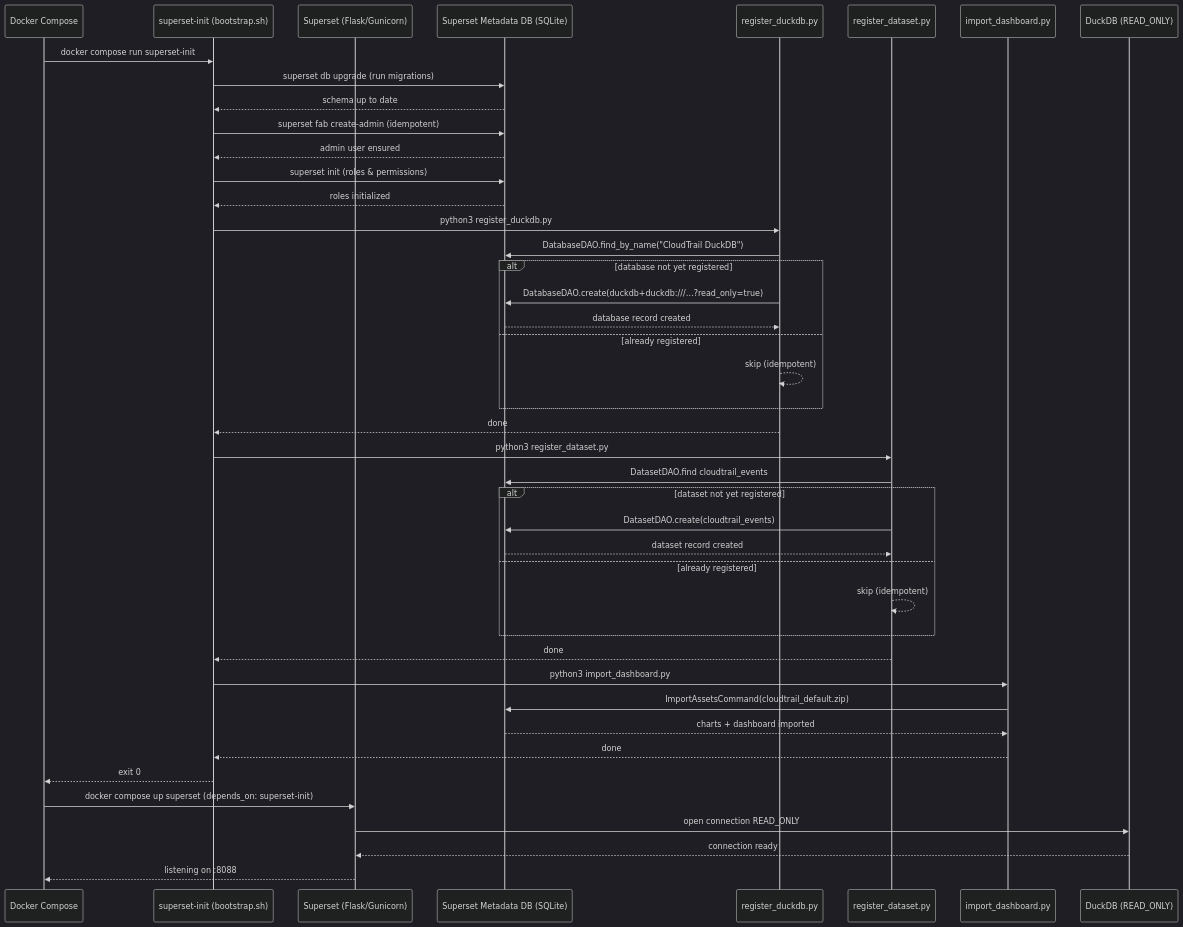
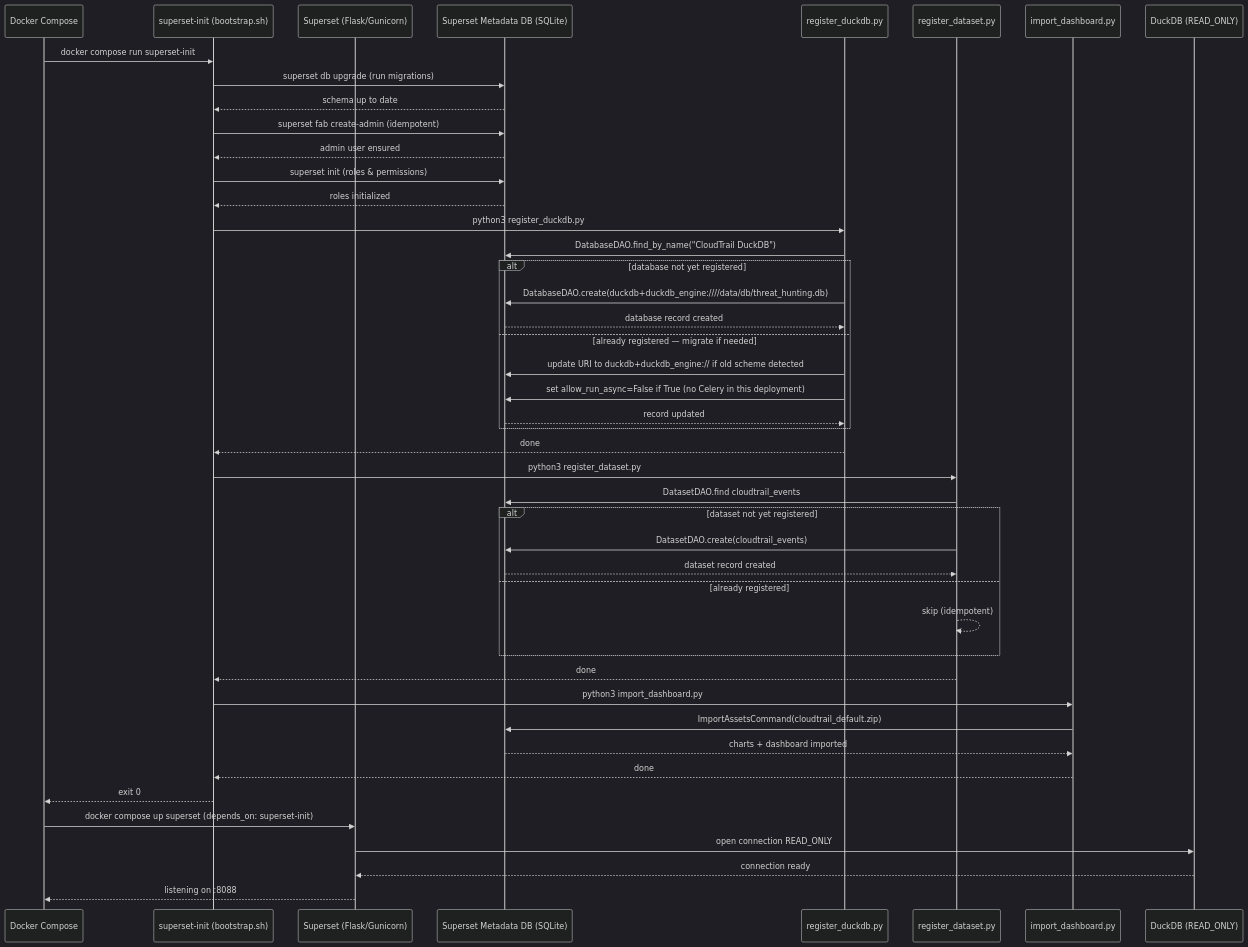
The first of 2 diagrams in dashboard/README.md (fukusuket/THuntCloud), drawn with Mermaid (dark theme) before and after one commit. The commit also changed other lines of this file and 9 other files, not shown here.

Commit message:
docs: update DuckDB configuration and dashboard layout for Superset 6.1, add new charts and troubleshooting section

````diff
--- a/dashboard/README.md
+++ b/dashboard/README.md
@@ -47,53 +48,55 @@
 ```mermaid
 sequenceDiagram
     participant DC   as Docker Compose
     participant INIT as superset-init (bootstrap.sh)
     participant SS   as Superset (Flask/Gunicorn)
     participant META as Superset Metadata DB (SQLite)
     participant RDB  as register_duckdb.py
     participant RDS  as register_dataset.py
     participant IMP  as import_dashboard.py
     participant DB   as DuckDB (READ_ONLY)
 
     DC->>INIT: docker compose run superset-init
     INIT->>META: superset db upgrade (run migrations)
     META-->>INIT: schema up to date
 
     INIT->>META: superset fab create-admin (idempotent)
     META-->>INIT: admin user ensured
 
     INIT->>META: superset init (roles & permissions)
     META-->>INIT: roles initialized
 
     INIT->>RDB: python3 register_duckdb.py
     RDB->>META: DatabaseDAO.find_by_name("CloudTrail DuckDB")
     alt database not yet registered
-        RDB->>META: DatabaseDAO.create(duckdb+duckdb:///…?read_only=true)
+        RDB->>META: DatabaseDAO.create(duckdb+duckdb_engine:////data/db/threat_hunting.db)
         META-->>RDB: database record created
-    else already registered
-        RDB-->>RDB: skip (idempotent)
+    else already registered — migrate if needed
+        RDB->>META: update URI to duckdb+duckdb_engine:// if old scheme detected
+        RDB->>META: set allow_run_async=False if True (no Celery in this deployment)
+        META-->>RDB: record updated
     end
     RDB-->>INIT: done
 
     INIT->>RDS: python3 register_dataset.py
     RDS->>META: DatasetDAO.find cloudtrail_events
     alt dataset not yet registered
         RDS->>META: DatasetDAO.create(cloudtrail_events)
         META-->>RDS: dataset record created
     else already registered
         RDS-->>RDS: skip (idempotent)
     end
     RDS-->>INIT: done
 
     INIT->>IMP: python3 import_dashboard.py
     IMP->>META: ImportAssetsCommand(cloudtrail_default.zip)
     META-->>IMP: charts + dashboard imported
     IMP-->>INIT: done
 
     INIT-->>DC: exit 0
 
     DC->>SS: docker compose up superset (depends_on: superset-init)
     SS->>DB: open connection READ_ONLY
     DB-->>SS: connection ready
     SS-->>DC: listening on :8088
 ```
````
